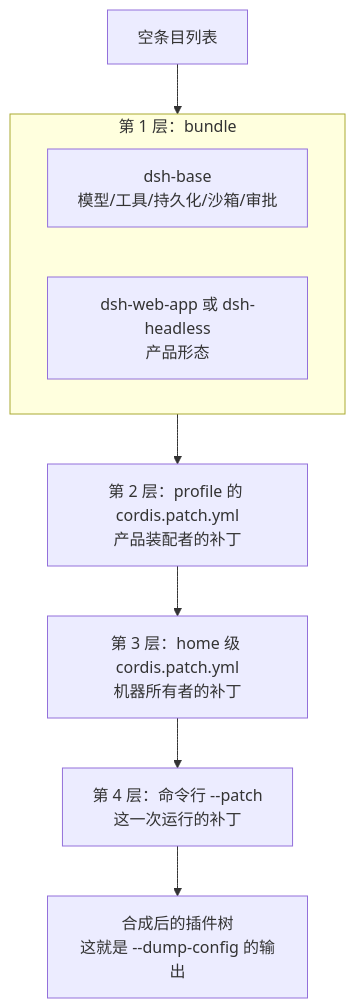
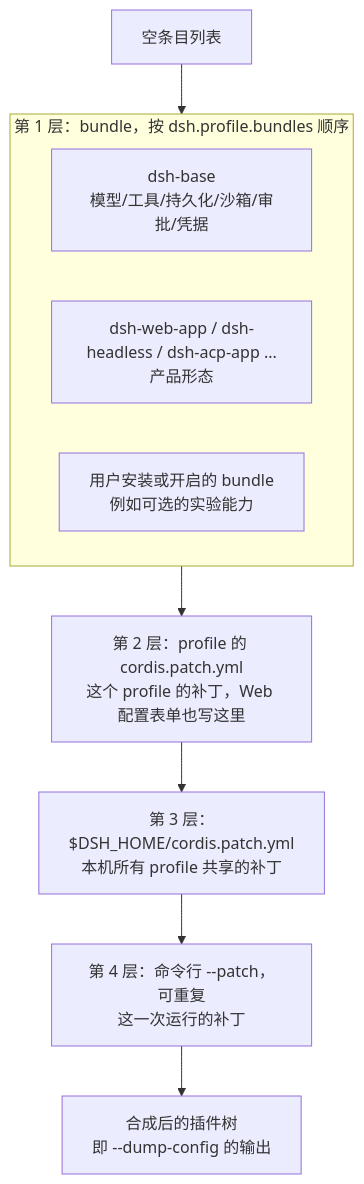
Before and after one commit to vinthuy/deepseek-harness-book: the first of 2 diagrams in 04-配置分层-Profile与Bundle.md, drawn with Mermaid. The commit also changed other lines of this file and 24 other files, not shown here.

````diff
--- a/04-配置分层-Profile与Bundle.md
+++ b/04-配置分层-Profile与Bundle.md
@@ -14,12 +14,13 @@
 ```mermaid
 flowchart TB
     L0[空条目列表] --> L1
-    subgraph L1[第 1 层：bundle]
-        B1[dsh-base<br/>模型/工具/持久化/沙箱/审批]
-        B2[dsh-web-app 或 dsh-headless<br/>产品形态]
+    subgraph L1[第 1 层：bundle，按 dsh.profile.bundles 顺序]
+        B1[dsh-base<br/>模型/工具/持久化/沙箱/审批/凭据]
+        B2[dsh-web-app / dsh-headless / dsh-acp-app ...<br/>产品形态]
+        B3[用户安装或开启的 bundle<br/>例如可选的实验能力]
     end
-    L1 --> L2[第 2 层：profile 的 cordis.patch.yml<br/>产品装配者的补丁]
-    L2 --> L3[第 3 层：home 级 cordis.patch.yml<br/>机器所有者的补丁]
-    L3 --> L4[第 4 层：命令行 --patch<br/>这一次运行的补丁]
-    L4 --> R[合成后的插件树<br/>这就是 --dump-config 的输出]
+    L1 --> L2[第 2 层：profile 的 cordis.patch.yml<br/>这个 profile 的补丁，Web 配置表单也写这里]
+    L2 --> L3[第 3 层：$DSH_HOME/cordis.patch.yml<br/>本机所有 profile 共享的补丁]
+    L3 --> L4[第 4 层：命令行 --patch，可重复<br/>这一次运行的补丁]
+    L4 --> R[合成后的插件树<br/>即 --dump-config 的输出]
 ```
````
